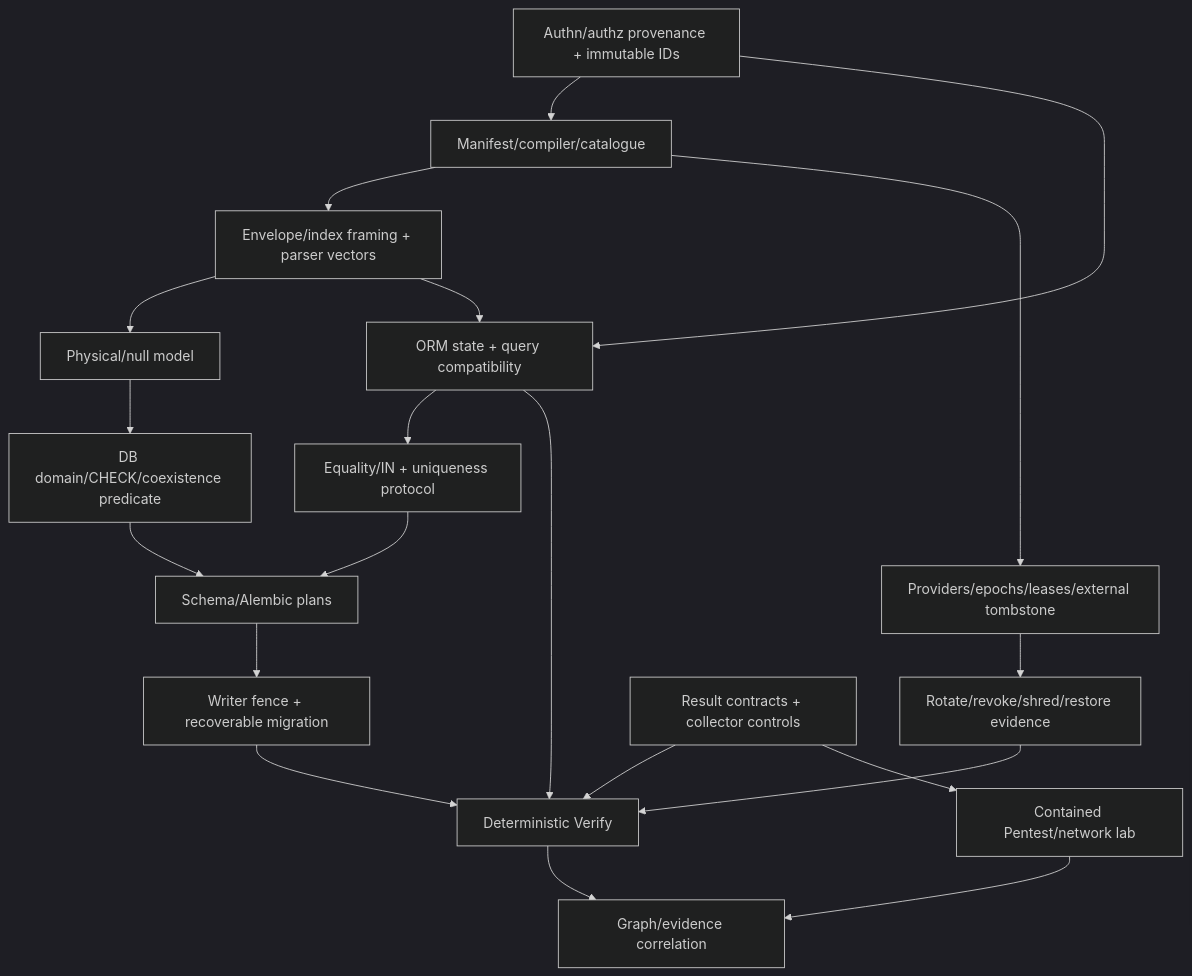
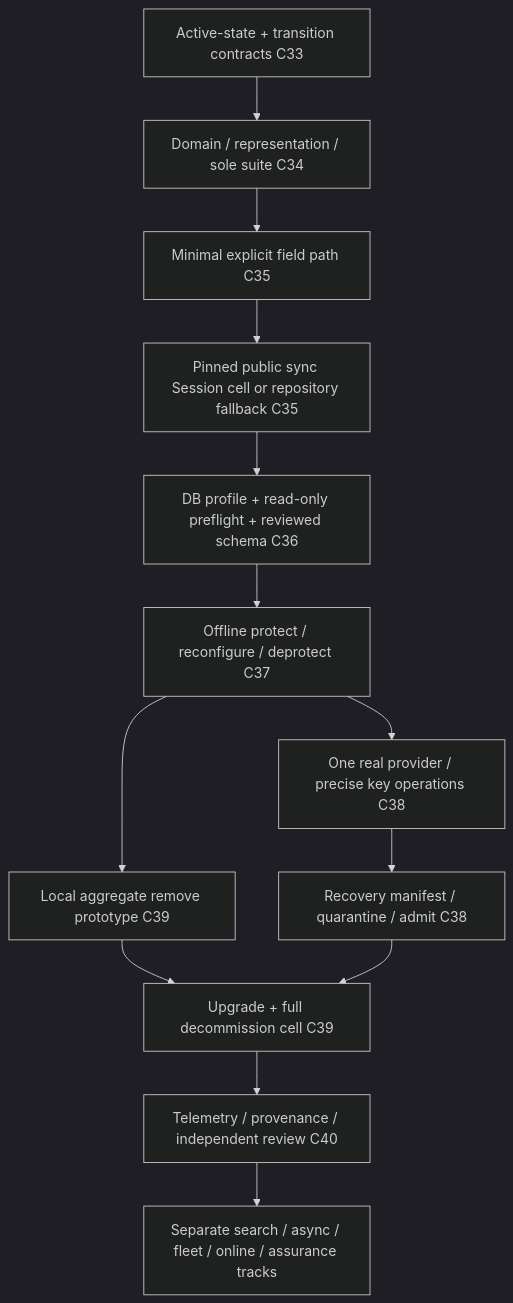
The diagram in docs/cryptalis-build-guide.md (Debrato2005/cryptalis), drawn with Mermaid (dark theme) before and after one commit. The commit also changed other lines of this file and 14 other files, not shown here.

Commit message:
docs(architecture): require approval before plaintext persistence

````diff
--- a/docs/cryptalis-build-guide.md
+++ b/docs/cryptalis-build-guide.md
@@ -50,22 +50,15 @@
 ```mermaid
 flowchart TD
-  Identity[Authn/authz provenance + immutable IDs] --> Manifest[Manifest/compiler/catalogue]
-  Manifest --> Envelope[Envelope/index framing + parser vectors]
-  Envelope --> Shape[Physical/null model]
-  Shape --> DBCheck[DB domain/CHECK/coexistence predicate]
-  Identity --> ORM[ORM state + query compatibility]
-  Envelope --> ORM
-  ORM --> Search[Equality/IN + uniqueness protocol]
-  DBCheck --> Schema[Schema/Alembic plans]
-  Search --> Schema
-  Schema --> Migration[Writer fence + recoverable migration]
-  Manifest --> Keys[Providers/epochs/leases/external tombstone]
-  Keys --> Lifecycle[Rotate/revoke/shred/restore evidence]
-  DTO[Result contracts + collector controls] --> Verify[Deterministic Verify]
-  ORM --> Verify
-  Migration --> Verify
-  Lifecycle --> Verify
-  DTO --> Lab[Contained Pentest/network lab]
-  Verify --> Correlation[Graph/evidence correlation]
-  Lab --> Correlation
+  Authority[Active-state + transition contracts C33] --> Format[Domain / representation / sole suite C34]
+  Format --> Explicit[Minimal explicit field path C35]
+  Explicit --> Session[Pinned public sync Session cell or repository fallback C35]
+  Session --> Preflight[DB profile + read-only preflight + reviewed schema C36]
+  Preflight --> Offline[Offline protect / reconfigure / deprotect C37]
+  Offline --> LocalExit[Local aggregate remove prototype C39]
+  Offline --> Provider[One real provider / precise key operations C38]
+  Provider --> Restore[Recovery manifest / quarantine / admit C38]
+  LocalExit --> Upgrade[Upgrade + full decommission cell C39]
+  Restore --> Upgrade
+  Upgrade --> Release[Telemetry / provenance / independent review C40]
+  Release --> Later[Separate search / async / fleet / online / assurance tracks]
 ```
````
